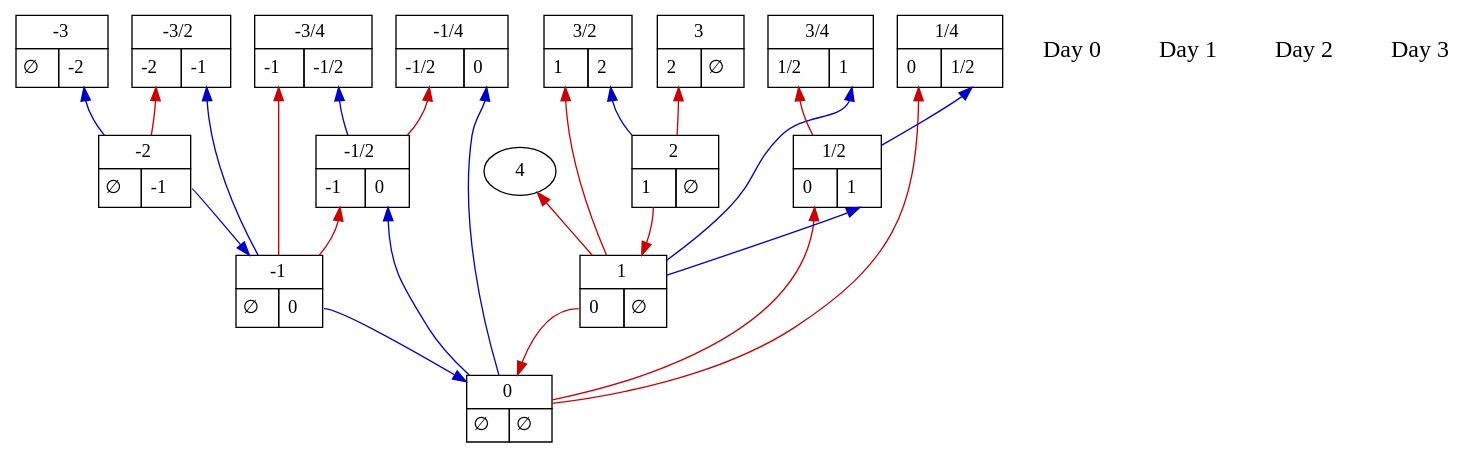
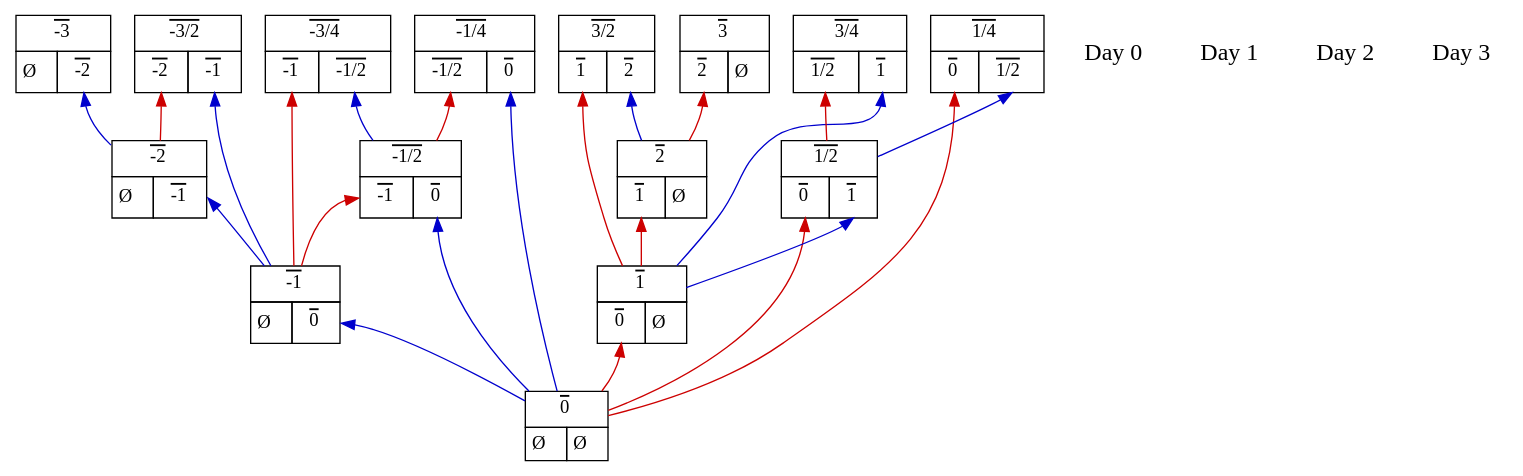
One commit to mroughan/SurrealNumbers.jl changed the diagram in examples/Data/dyadic_tree_3.dot. Above: the diagram before and after it, drawn with Graphviz. The commit also changed 16 other files, not shown here.

Commit message:
update, mainly improved figure

```diff
--- a/examples/Data/dyadic_tree_3.dot
+++ b/examples/Data/dyadic_tree_3.dot
@@ -1,119 +1,118 @@
 digraph dyadic_tree {
    node_0 [shape=none,margin=0,label=
          <<TABLE BORDER="0" CELLBORDER="1" CELLSPACING="0" CELLPADDING="4">
-         <TR><TD COLSPAN="2">0</TD></TR>
-         <TR><TD PORT="L"> ∅ </TD><TD PORT="R"> ∅ </TD></TR>
+         <TR><TD  CELLPADDING="5pt" COLSPAN="2"><o>0</o></TD></TR>
+         <TR><TD PORT="L"> Ø </TD><TD PORT="R"> Ø </TD></TR>
          </TABLE>>,pos="0,0!"
          ];
 node_day_0 [shape=none, pos="7.875,0!", label="Day 0", fontsize=18]
 node_day_1 [shape=none, pos="7.875,1!", label="Day 1", fontsize=18]
    node_1 [shape=none,margin=0,label=
          <<TABLE BORDER="0" CELLBORDER="1" CELLSPACING="0" CELLPADDING="4">
-         <TR><TD COLSPAN="2">-1</TD></TR>
-         <TR><TD PORT="L"> ∅ </TD><TD PORT="R"> <TABLE BORDER="0" CELLBORDER="0" CELLPADDING="0"><TR><TD PORT="0,1"> 0 </TD> &nbsp; </TR></TABLE> </TD></TR>
+         <TR><TD  CELLPADDING="5pt" COLSPAN="2"><o>-1</o></TD></TR>
+         <TR><TD PORT="L"> Ø </TD><TD PORT="R"> <TABLE BORDER="0" CELLBORDER="0" CELLPADDING="0"><TR><TD CELLPADDING="1pt"  PORT="0,1"> <o>0</o> </TD> &nbsp; </TR></TABLE> </TD></TR>
          </TABLE>>,pos="-2.25,1!"
          ];
-   node_1:R -> node_0 [color="blue3"];
+   node_1:R -> node_0 [color="blue3", dir=back];
    node_2 [shape=none,margin=0,label=
          <<TABLE BORDER="0" CELLBORDER="1" CELLSPACING="0" CELLPADDING="4">
-         <TR><TD COLSPAN="2">1</TD></TR>
-         <TR><TD PORT="L"> <TABLE BORDER="0" CELLBORDER="0" CELLPADDING="0"><TR><TD PORT="0,1"> 0 </TD> &nbsp; </TR></TABLE> </TD><TD PORT="R"> ∅ </TD></TR>
+         <TR><TD  CELLPADDING="5pt" COLSPAN="2"><o>1</o></TD></TR>
+         <TR><TD PORT="L"> <TABLE BORDER="0" CELLBORDER="0" CELLPADDING="0"><TR><TD CELLPADDING="1pt" PORT="0,1"> <o>0</o> </TD> &nbsp; </TR></TABLE> </TD><TD PORT="R"> Ø </TD></TR>
          </TABLE>>,pos="2.25,1!"
          ];
-   node_2:L -> node_0 [color="red3"];
+   node_2:L -> node_0 [color="red3", dir=back];
 node_day_2 [shape=none, pos="7.875,2!", label="Day 2", fontsize=18]
    node_3 [shape=none,margin=0,label=
          <<TABLE BORDER="0" CELLBORDER="1" CELLSPACING="0" CELLPADDING="4">
-         <TR><TD COLSPAN="2">-2</TD></TR>
-         <TR><TD PORT="L"> ∅ </TD><TD PORT="R"> <TABLE BORDER="0" CELLBORDER="0" CELLPADDING="0"><TR><TD PORT="-1,1"> -1 </TD> &nbsp; </TR></TABLE> </TD></TR>
+         <TR><TD  CELLPADDING="5pt" COLSPAN="2"><o>-2</o></TD></TR>
+         <TR><TD PORT="L"> Ø </TD><TD PORT="R"> <TABLE BORDER="0" CELLBORDER="0" CELLPADDING="0"><TR><TD CELLPADDING="1pt"  PORT="-1,1"> <o>-1</o> </TD> &nbsp; </TR></TABLE> </TD></TR>
          </TABLE>>,pos="-4.5,2!"
          ];
-   node_3:R -> node_1 [color="blue3"];
+   node_3:R -> node_1 [color="blue3", dir=back];
    node_4 [shape=none,margin=0,label=
          <<TABLE BORDER="0" CELLBORDER="1" CELLSPACING="0" CELLPADDING="4">
-         <TR><TD COLSPAN="2">2</TD></TR>
-         <TR><TD PORT="L"> <TABLE BORDER="0" CELLBORDER="0" CELLPADDING="0"><TR><TD PORT="1,1"> 1 </TD> &nbsp; </TR></TABLE> </TD><TD PORT="R"> ∅ </TD></TR>
+         <TR><TD  CELLPADDING="5pt" COLSPAN="2"><o>2</o></TD></TR>
+         <TR><TD PORT="L"> <TABLE BORDER="0" CELLBORDER="0" CELLPADDING="0"><TR><TD CELLPADDING="1pt" PORT="1,1"> <o>1</o> </TD> &nbsp; </TR></TABLE> </TD><TD PORT="R"> Ø </TD></TR>
          </TABLE>>,pos="4.5,2!"
          ];
-   node_4:L -> node_2 [color="red3"];
-4:L -> node_2 [color="red3", dir=back];
+   node_4:L -> node_2 [color="red3", dir=back];
    node_5 [shape=none,margin=0,label=
          <<TABLE BORDER="0" CELLBORDER="1" CELLSPACING="0" CELLPADDING="4">
-         <TR><TD COLSPAN="2">1/2</TD></TR>
-         <TR><TD PORT="L"> <TABLE BORDER="0" CELLBORDER="0" CELLPADDING="0"><TR><TD PORT="0,1"> 0 </TD> &nbsp; </TR></TABLE> </TD><TD PORT="R"> <TABLE BORDER="0" CELLBORDER="0" CELLPADDING="0"><TR><TD PORT="1,1"> 1 </TD> &nbsp; </TR></TABLE> </TD></TR>
+         <TR><TD  CELLPADDING="5pt" COLSPAN="2"><o>1/2</o></TD></TR>
+         <TR><TD PORT="L"> <TABLE BORDER="0" CELLBORDER="0" CELLPADDING="0"><TR><TD CELLPADDING="1pt" PORT="0,1"> <o>0</o> </TD> &nbsp; </TR></TABLE> </TD><TD PORT="R"> <TABLE BORDER="0" CELLBORDER="0" CELLPADDING="0"><TR><TD CELLPADDING="1pt"  PORT="1,1"> <o>1</o> </TD> &nbsp; </TR></TABLE> </TD></TR>
          </TABLE>>,pos="1.125,2!"
          ];
    node_5:L -> node_0 [color="red3", dir=back];
    node_5:R -> node_2 [color="blue3", dir=back];
    node_6 [shape=none,margin=0,label=
          <<TABLE BORDER="0" CELLBORDER="1" CELLSPACING="0" CELLPADDING="4">
-         <TR><TD COLSPAN="2">-1/2</TD></TR>
-         <TR><TD PORT="L"> <TABLE BORDER="0" CELLBORDER="0" CELLPADDING="0"><TR><TD PORT="-1,1"> -1 </TD> &nbsp; </TR></TABLE> </TD><TD PORT="R"> <TABLE BORDER="0" CELLBORDER="0" CELLPADDING="0"><TR><TD PORT="0,1"> 0 </TD> &nbsp; </TR></TABLE> </TD></TR>
+         <TR><TD  CELLPADDING="5pt" COLSPAN="2"><o>-1/2</o></TD></TR>
+         <TR><TD PORT="L"> <TABLE BORDER="0" CELLBORDER="0" CELLPADDING="0"><TR><TD CELLPADDING="1pt" PORT="-1,1"> <o>-1</o> </TD> &nbsp; </TR></TABLE> </TD><TD PORT="R"> <TABLE BORDER="0" CELLBORDER="0" CELLPADDING="0"><TR><TD CELLPADDING="1pt"  PORT="0,1"> <o>0</o> </TD> &nbsp; </TR></TABLE> </TD></TR>
          </TABLE>>,pos="-1.125,2!"
          ];
    node_6:L -> node_1 [color="red3", dir=back];
    node_6:R -> node_0 [color="blue3", dir=back];
 node_day_3 [shape=none, pos="7.875,3!", label="Day 3", fontsize=18]
    node_7 [shape=none,margin=0,label=
          <<TABLE BORDER="0" CELLBORDER="1" CELLSPACING="0" CELLPADDING="4">
-         <TR><TD COLSPAN="2">-3</TD></TR>
-         <TR><TD PORT="L"> ∅ </TD><TD PORT="R"> <TABLE BORDER="0" CELLBORDER="0" CELLPADDING="0"><TR><TD PORT="-2,1"> -2 </TD> &nbsp; </TR></TABLE> </TD></TR>
+         <TR><TD  CELLPADDING="5pt" COLSPAN="2"><o>-3</o></TD></TR>
+         <TR><TD PORT="L"> Ø </TD><TD PORT="R"> <TABLE BORDER="0" CELLBORDER="0" CELLPADDING="0"><TR><TD CELLPADDING="1pt"  PORT="-2,1"> <o>-2</o> </TD> &nbsp; </TR></TABLE> </TD></TR>
          </TABLE>>,pos="-6.75,3!"
          ];
    node_7:R -> node_3 [color="blue3", dir=back];
    node_8 [shape=none,margin=0,label=
          <<TABLE BORDER="0" CELLBORDER="1" CELLSPACING="0" CELLPADDING="4">
-         <TR><TD COLSPAN="2">3</TD></TR>
-         <TR><TD PORT="L"> <TABLE BORDER="0" CELLBORDER="0" CELLPADDING="0"><TR><TD PORT="2,1"> 2 </TD> &nbsp; </TR></TABLE> </TD><TD PORT="R"> ∅ </TD></TR>
+         <TR><TD  CELLPADDING="5pt" COLSPAN="2"><o>3</o></TD></TR>
+         <TR><TD PORT="L"> <TABLE BORDER="0" CELLBORDER="0" CELLPADDING="0"><TR><TD CELLPADDING="1pt" PORT="2,1"> <o>2</o> </TD> &nbsp; </TR></TABLE> </TD><TD PORT="R"> Ø </TD></TR>
          </TABLE>>,pos="6.75,3!"
          ];
    node_8:L -> node_4 [color="red3", dir=back];
    node_9 [shape=none,margin=0,label=
          <<TABLE BORDER="0" CELLBORDER="1" CELLSPACING="0" CELLPADDING="4">
-         <TR><TD COLSPAN="2">1/4</TD></TR>
-         <TR><TD PORT="L"> <TABLE BORDER="0" CELLBORDER="0" CELLPADDING="0"><TR><TD PORT="0,1"> 0 </TD> &nbsp; </TR></TABLE> </TD><TD PORT="R"> <TABLE BORDER="0" CELLBORDER="0" CELLPADDING="0"><TR><TD PORT="1/2,1"> 1/2 </TD> &nbsp; </TR></TABLE> </TD></TR>
+         <TR><TD  CELLPADDING="5pt" COLSPAN="2"><o>1/4</o></TD></TR>
+         <TR><TD PORT="L"> <TABLE BORDER="0" CELLBORDER="0" CELLPADDING="0"><TR><TD CELLPADDING="1pt" PORT="0,1"> <o>0</o> </TD> &nbsp; </TR></TABLE> </TD><TD PORT="R"> <TABLE BORDER="0" CELLBORDER="0" CELLPADDING="0"><TR><TD CELLPADDING="1pt"  PORT="1/2,1"> <o>1/2</o> </TD> &nbsp; </TR></TABLE> </TD></TR>
          </TABLE>>,pos="0.5625,3!"
          ];
    node_9:L -> node_0 [color="red3", dir=back];
    node_9:R -> node_5 [color="blue3", dir=back];
    node_10 [shape=none,margin=0,label=
          <<TABLE BORDER="0" CELLBORDER="1" CELLSPACING="0" CELLPADDING="4">
-         <TR><TD COLSPAN="2">-1/4</TD></TR>
-         <TR><TD PORT="L"> <TABLE BORDER="0" CELLBORDER="0" CELLPADDING="0"><TR><TD PORT="-1/2,1"> -1/2 </TD> &nbsp; </TR></TABLE> </TD><TD PORT="R"> <TABLE BORDER="0" CELLBORDER="0" CELLPADDING="0"><TR><TD PORT="0,1"> 0 </TD> &nbsp; </TR></TABLE> </TD></TR>
+         <TR><TD  CELLPADDING="5pt" COLSPAN="2"><o>-1/4</o></TD></TR>
+         <TR><TD PORT="L"> <TABLE BORDER="0" CELLBORDER="0" CELLPADDING="0"><TR><TD CELLPADDING="1pt" PORT="-1/2,1"> <o>-1/2</o> </TD> &nbsp; </TR></TABLE> </TD><TD PORT="R"> <TABLE BORDER="0" CELLBORDER="0" CELLPADDING="0"><TR><TD CELLPADDING="1pt"  PORT="0,1"> <o>0</o> </TD> &nbsp; </TR></TABLE> </TD></TR>
          </TABLE>>,pos="-0.5625,3!"
          ];
    node_10:L -> node_6 [color="red3", dir=back];
    node_10:R -> node_0 [color="blue3", dir=back];
    node_11 [shape=none,margin=0,label=
          <<TABLE BORDER="0" CELLBORDER="1" CELLSPACING="0" CELLPADDING="4">
-         <TR><TD COLSPAN="2">3/4</TD></TR>
-         <TR><TD PORT="L"> <TABLE BORDER="0" CELLBORDER="0" CELLPADDING="0"><TR><TD PORT="1/2,1"> 1/2 </TD> &nbsp; </TR></TABLE> </TD><TD PORT="R"> <TABLE BORDER="0" CELLBORDER="0" CELLPADDING="0"><TR><TD PORT="1,1"> 1 </TD> &nbsp; </TR></TABLE> </TD></TR>
+         <TR><TD  CELLPADDING="5pt" COLSPAN="2"><o>3/4</o></TD></TR>
+         <TR><TD PORT="L"> <TABLE BORDER="0" CELLBORDER="0" CELLPADDING="0"><TR><TD CELLPADDING="1pt" PORT="1/2,1"> <o>1/2</o> </TD> &nbsp; </TR></TABLE> </TD><TD PORT="R"> <TABLE BORDER="0" CELLBORDER="0" CELLPADDING="0"><TR><TD CELLPADDING="1pt"  PORT="1,1"> <o>1</o> </TD> &nbsp; </TR></TABLE> </TD></TR>
          </TABLE>>,pos="1.6875,3!"
          ];
    node_11:L -> node_5 [color="red3", dir=back];
    node_11:R -> node_2 [color="blue3", dir=back];
    node_12 [shape=none,margin=0,label=
          <<TABLE BORDER="0" CELLBORDER="1" CELLSPACING="0" CELLPADDING="4">
-         <TR><TD COLSPAN="2">-3/4</TD></TR>
-         <TR><TD PORT="L"> <TABLE BORDER="0" CELLBORDER="0" CELLPADDING="0"><TR><TD PORT="-1,1"> -1 </TD> &nbsp; </TR></TABLE> </TD><TD PORT="R"> <TABLE BORDER="0" CELLBORDER="0" CELLPADDING="0"><TR><TD PORT="-1/2,1"> -1/2 </TD> &nbsp; </TR></TABLE> </TD></TR>
+         <TR><TD  CELLPADDING="5pt" COLSPAN="2"><o>-3/4</o></TD></TR>
+         <TR><TD PORT="L"> <TABLE BORDER="0" CELLBORDER="0" CELLPADDING="0"><TR><TD CELLPADDING="1pt" PORT="-1,1"> <o>-1</o> </TD> &nbsp; </TR></TABLE> </TD><TD PORT="R"> <TABLE BORDER="0" CELLBORDER="0" CELLPADDING="0"><TR><TD CELLPADDING="1pt"  PORT="-1/2,1"> <o>-1/2</o> </TD> &nbsp; </TR></TABLE> </TD></TR>
          </TABLE>>,pos="-1.6875,3!"
          ];
    node_12:L -> node_1 [color="red3", dir=back];
    node_12:R -> node_6 [color="blue3", dir=back];
    node_13 [shape=none,margin=0,label=
          <<TABLE BORDER="0" CELLBORDER="1" CELLSPACING="0" CELLPADDING="4">
-         <TR><TD COLSPAN="2">3/2</TD></TR>
-         <TR><TD PORT="L"> <TABLE BORDER="0" CELLBORDER="0" CELLPADDING="0"><TR><TD PORT="1,1"> 1 </TD> &nbsp; </TR></TABLE> </TD><TD PORT="R"> <TABLE BORDER="0" CELLBORDER="0" CELLPADDING="0"><TR><TD PORT="2,1"> 2 </TD> &nbsp; </TR></TABLE> </TD></TR>
+         <TR><TD  CELLPADDING="5pt" COLSPAN="2"><o>3/2</o></TD></TR>
+         <TR><TD PORT="L"> <TABLE BORDER="0" CELLBORDER="0" CELLPADDING="0"><TR><TD CELLPADDING="1pt" PORT="1,1"> <o>1</o> </TD> &nbsp; </TR></TABLE> </TD><TD PORT="R"> <TABLE BORDER="0" CELLBORDER="0" CELLPADDING="0"><TR><TD CELLPADDING="1pt"  PORT="2,1"> <o>2</o> </TD> &nbsp; </TR></TABLE> </TD></TR>
          </TABLE>>,pos="3.375,3!"
          ];
    node_13:L -> node_2 [color="red3", dir=back];
    node_13:R -> node_4 [color="blue3", dir=back];
    node_14 [shape=none,margin=0,label=
          <<TABLE BORDER="0" CELLBORDER="1" CELLSPACING="0" CELLPADDING="4">
-         <TR><TD COLSPAN="2">-3/2</TD></TR>
-         <TR><TD PORT="L"> <TABLE BORDER="0" CELLBORDER="0" CELLPADDING="0"><TR><TD PORT="-2,1"> -2 </TD> &nbsp; </TR></TABLE> </TD><TD PORT="R"> <TABLE BORDER="0" CELLBORDER="0" CELLPADDING="0"><TR><TD PORT="-1,1"> -1 </TD> &nbsp; </TR></TABLE> </TD></TR>
+         <TR><TD  CELLPADDING="5pt" COLSPAN="2"><o>-3/2</o></TD></TR>
+         <TR><TD PORT="L"> <TABLE BORDER="0" CELLBORDER="0" CELLPADDING="0"><TR><TD CELLPADDING="1pt" PORT="-2,1"> <o>-2</o> </TD> &nbsp; </TR></TABLE> </TD><TD PORT="R"> <TABLE BORDER="0" CELLBORDER="0" CELLPADDING="0"><TR><TD CELLPADDING="1pt"  PORT="-1,1"> <o>-1</o> </TD> &nbsp; </TR></TABLE> </TD></TR>
          </TABLE>>,pos="-3.375,3!"
          ];
    node_14:L -> node_3 [color="red3", dir=back];
    node_14:R -> node_1 [color="blue3", dir=back];
 }
```
